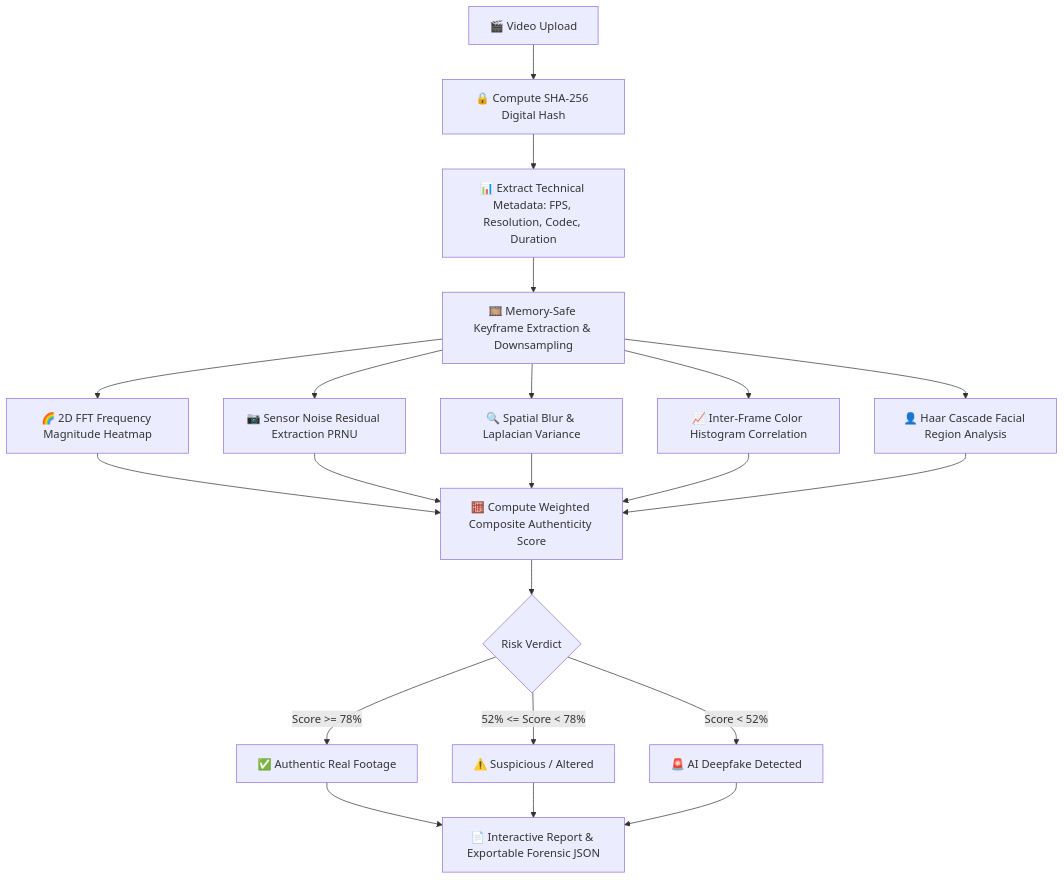
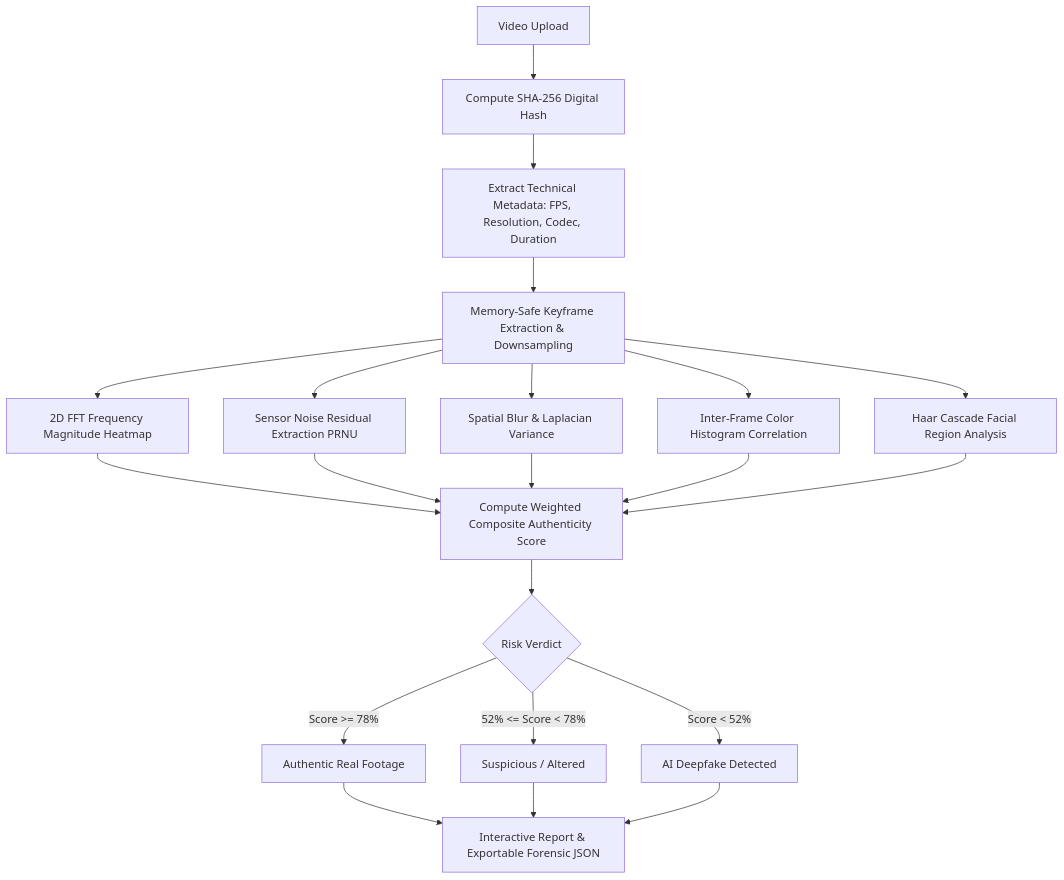
The diagram in README.md (Ayush26-03/VideoAuthenticator), drawn with Mermaid before and after one commit. The commit also changed other lines of this file, not shown here.

````diff
--- a/README.md
+++ b/README.md
@@ -71,17 +71,17 @@
 ```mermaid
 graph TD
-    A[🎬 Video Upload] --> B[🔒 Compute SHA-256 Digital Hash]
-    B --> C[📊 Extract Technical Metadata: FPS, Resolution, Codec, Duration]
-    C --> D[🎞️ Memory-Safe Keyframe Extraction & Downsampling]
-    D --> E[🌈 2D FFT Frequency Magnitude Heatmap]
-    D --> F[📷 Sensor Noise Residual Extraction PRNU]
-    D --> G[🔍 Spatial Blur & Laplacian Variance]
-    D --> H[📈 Inter-Frame Color Histogram Correlation]
-    D --> I[👤 Haar Cascade Facial Region Analysis]
-    E & F & G & H & I --> J[🧮 Compute Weighted Composite Authenticity Score]
+    A[ Video Upload] --> B[ Compute SHA-256 Digital Hash]
+    B --> C[ Extract Technical Metadata: FPS, Resolution, Codec, Duration]
+    C --> D[ Memory-Safe Keyframe Extraction & Downsampling]
+    D --> E[ 2D FFT Frequency Magnitude Heatmap]
+    D --> F[ Sensor Noise Residual Extraction PRNU]
+    D --> G[ Spatial Blur & Laplacian Variance]
+    D --> H[ Inter-Frame Color Histogram Correlation]
+    D --> I[ Haar Cascade Facial Region Analysis]
+    E & F & G & H & I --> J[ Compute Weighted Composite Authenticity Score]
     J --> K{Risk Verdict}
-    K -->|Score >= 78%| L[✅ Authentic Real Footage]
-    K -->|52% <= Score < 78%| M[⚠️ Suspicious / Altered]
-    K -->|Score < 52%| N[🚨 AI Deepfake Detected]
-    L & M & N --> O[📄 Interactive Report & Exportable Forensic JSON]
+    K -->|Score >= 78%| L[ Authentic Real Footage]
+    K -->|52% <= Score < 78%| M[ Suspicious / Altered]
+    K -->|Score < 52%| N[ AI Deepfake Detected]
+    L & M & N --> O[ Interactive Report & Exportable Forensic JSON]
 ```
````
